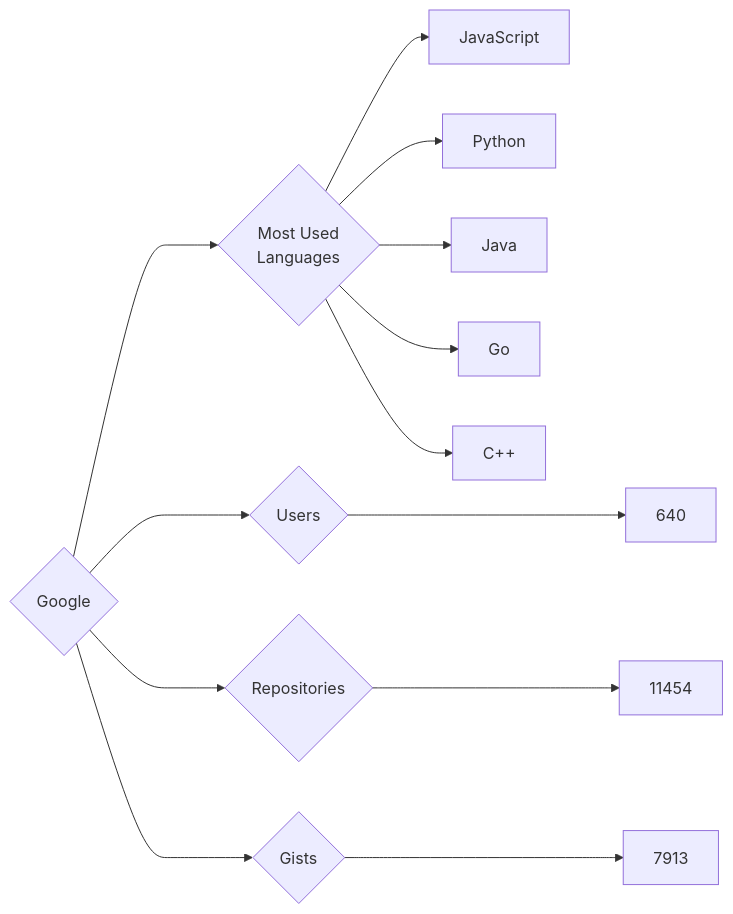
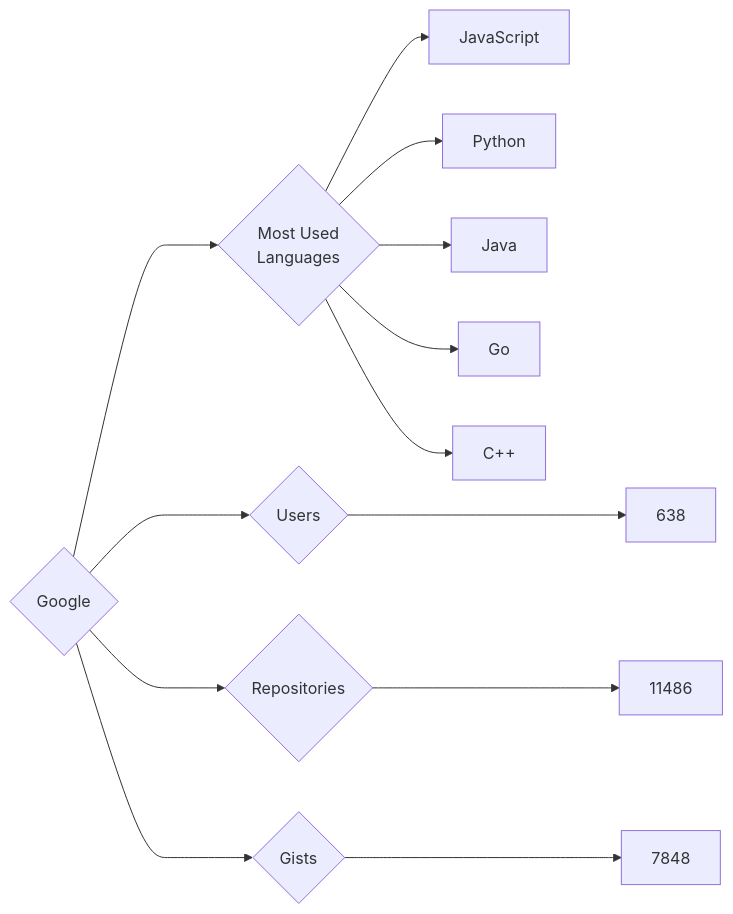
One commit to trickest/insiders changed the diagram in targets/Google/README.md. Above: the diagram before and after it, drawn with Mermaid. The commit also changed 693 other files, not shown here.

````diff
--- a/targets/Google/README.md
+++ b/targets/Google/README.md
@@ -3,13 +3,13 @@
 ```mermaid
 graph LR
 COMPANY_NAME{Google}
-COMPANY_NAME ---> U{Users} ---> UN[640]
-COMPANY_NAME ---> R{Repositories} ---> RN[11454]
-COMPANY_NAME ---> G{Gists} ---> GN[7913]
+COMPANY_NAME ---> U{Users} ---> UN[638]
+COMPANY_NAME ---> R{Repositories} ---> RN[11486]
+COMPANY_NAME ---> G{Gists} ---> GN[7848]
 COMPANY_NAME ---> ML{Most Used<br>Languages}
 ML --> JavaScript[JavaScript]
 ML --> Python[Python]
 ML --> Java[Java]
 ML --> Go[Go]
 ML --> C++[C++]
 ```
````
